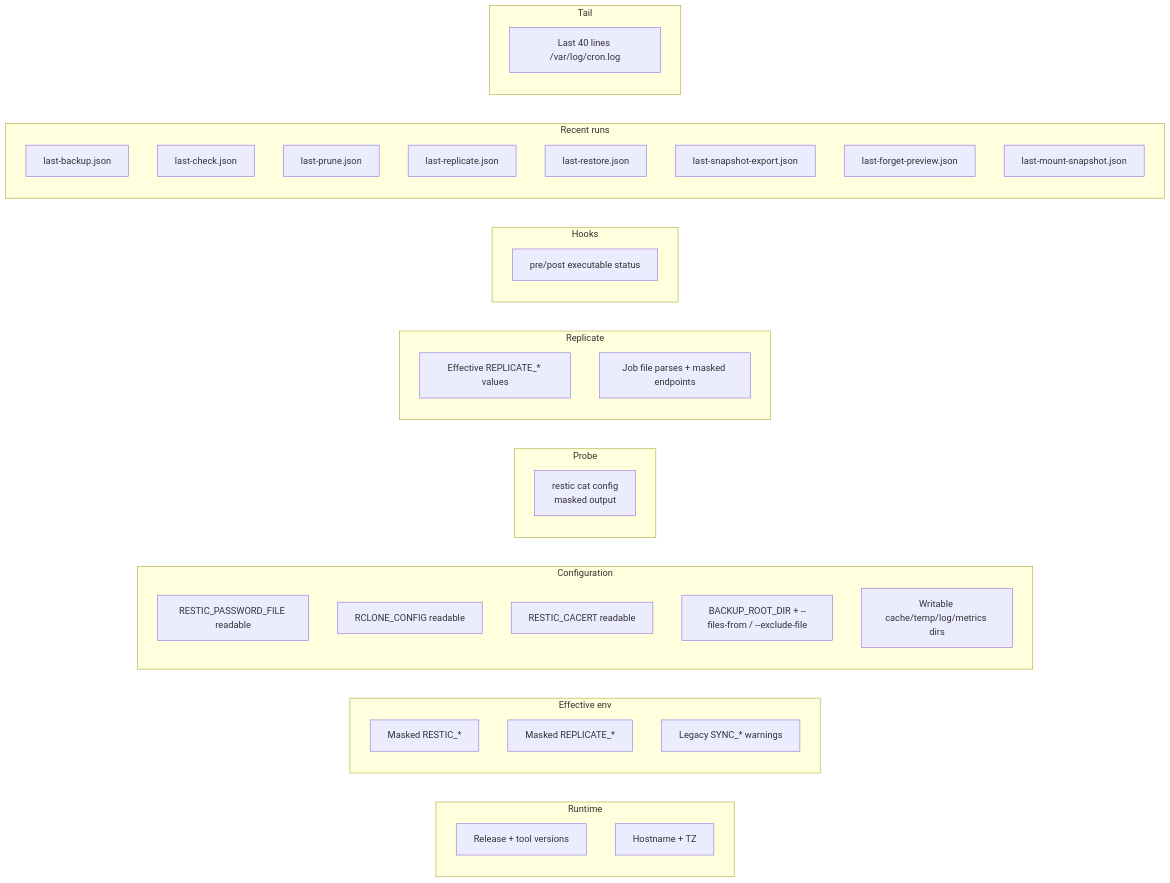
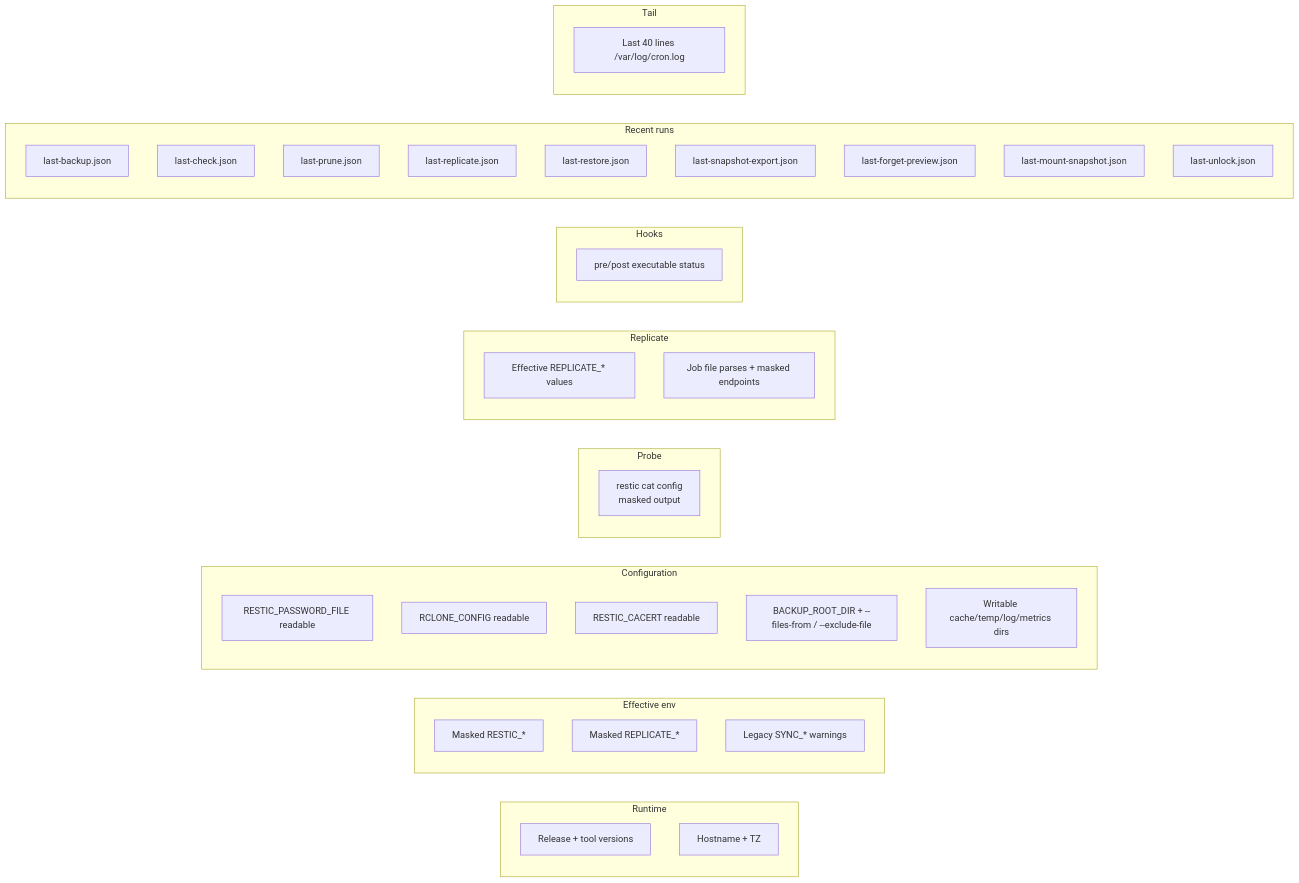
One commit to marc0janssen/restic-backup-helper changed the diagram in docs/operations/diagnostics.md. Above: the diagram before and after it, drawn with Mermaid. The commit also changed other lines of this file and 34 other files, not shown here.

````diff
--- a/docs/operations/diagnostics.md
+++ b/docs/operations/diagnostics.md
@@ -12,42 +16,43 @@
 ```mermaid
 flowchart LR
     subgraph Runtime
         R1[Release + tool versions]
         R2[Hostname + TZ]
     end
     subgraph Effective env
         E1[Masked RESTIC_*]
         E2[Masked REPLICATE_*]
         E3[Legacy SYNC_* warnings]
     end
     subgraph Configuration
         C1[RESTIC_PASSWORD_FILE readable]
         C2[RCLONE_CONFIG readable]
         C3[RESTIC_CACERT readable]
         C4[BACKUP_ROOT_DIR + --files-from / --exclude-file]
         C5[Writable cache/temp/log/metrics dirs]
     end
     subgraph Probe
         P1[restic cat config<br/>masked output]
     end
     subgraph Replicate
         L1[Effective REPLICATE_* values]
         L2[Job file parses + masked endpoints]
     end
     subgraph Hooks
         H1[pre/post executable status]
     end
     subgraph Recent runs
         J1[last-backup.json]
         J2[last-check.json]
         J3[last-prune.json]
         J4[last-replicate.json]
         J5[last-restore.json]
         J6[last-snapshot-export.json]
         J7[last-forget-preview.json]
         J8[last-mount-snapshot.json]
+        J9[last-unlock.json]
     end
     subgraph Tail
         T1[Last 40 lines /var/log/cron.log]
     end
 ```
````
